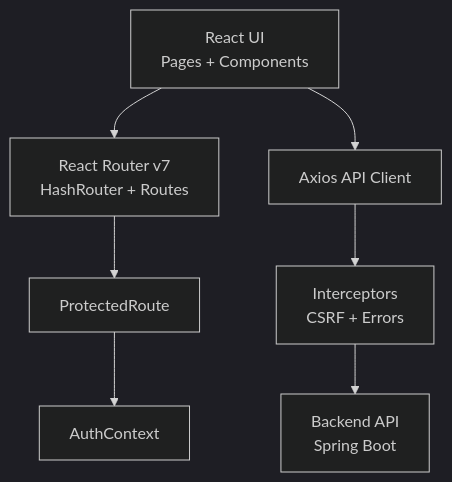
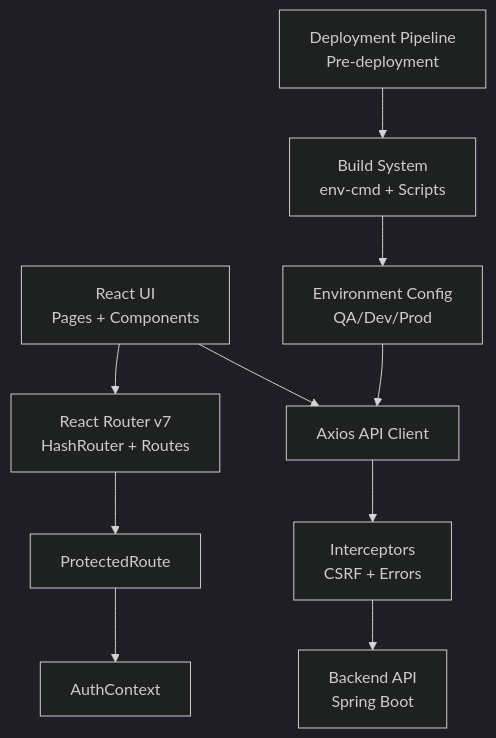
One commit to Vissel/badminton-court-management changed the second of 13 diagrams in .qoder/repowiki/en/content/Frontend Architecture.md. Above: the diagram before and after it, drawn with Mermaid (dark theme). The commit also changed other lines of this file and 36 other files, not shown here.

````diff
--- a/.qoder/repowiki/en/content/Frontend Architecture.md
+++ b/.qoder/repowiki/en/content/Frontend Architecture.md
@@ -142,9 +185,12 @@
 ```mermaid
 graph TB
 UI["React UI<br/>Pages + Components"] --> RT["React Router v7<br/>HashRouter + Routes"]
 RT --> PR["ProtectedRoute"]
 PR --> AC["AuthContext"]
 UI --> API["Axios API Client"]
 API --> INT["Interceptors<br/>CSRF + Errors"]
 INT --> BE["Backend API<br/>Spring Boot"]
+ENV["Environment Config<br/>QA/Dev/Prod"] --> API
+BUILD["Build System<br/>env-cmd + Scripts"] --> ENV
+DEPLOY["Deployment Pipeline<br/>Pre-deployment"] --> BUILD
 ```
````
